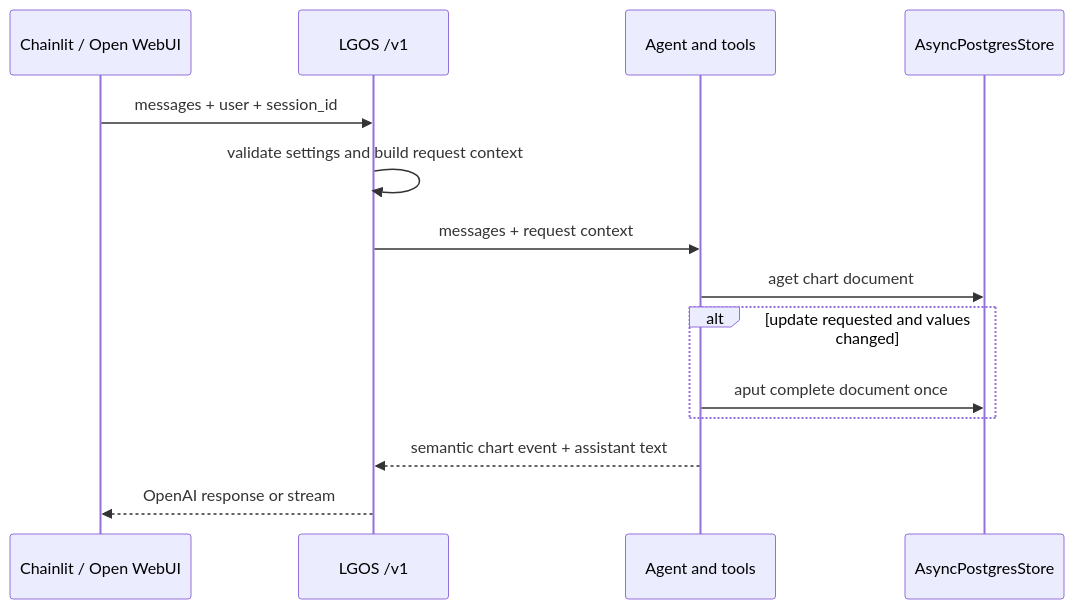
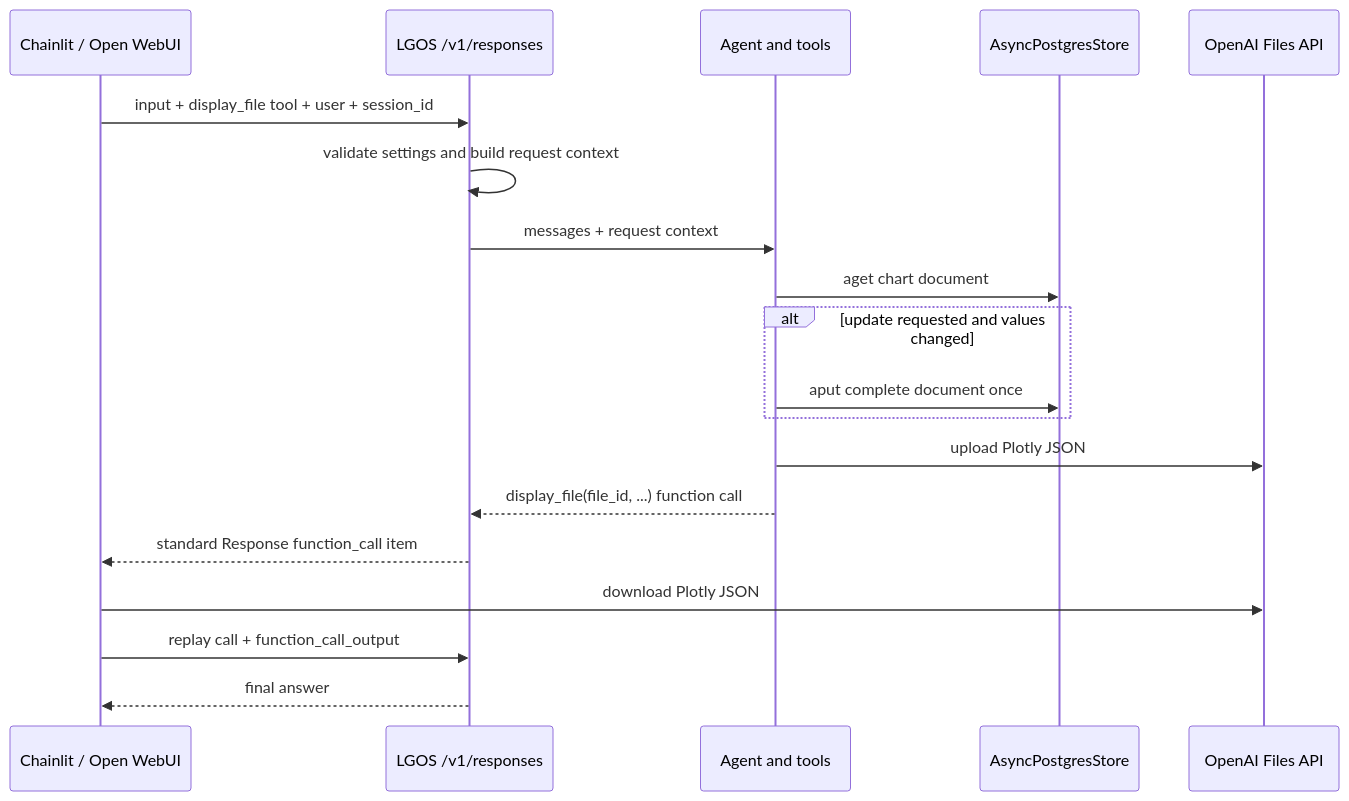
Before and after one commit to ilkersigirci/langgraph-openai-serve: the second of 2 diagrams in docs/demo/graphs/persistent-plot-agent.md, drawn with Mermaid. The commit also changed other lines of this file and 191 other files, not shown here.

First line of the commit message:
feat: openai responses api initial implementation

````diff
--- a/docs/demo/graphs/persistent-plot-agent.md
+++ b/docs/demo/graphs/persistent-plot-agent.md
@@ -36,17 +36,22 @@
 ```mermaid
 sequenceDiagram
   participant UI as Chainlit / Open WebUI
-  participant LGOS as LGOS /v1
+  participant LGOS as LGOS /v1/responses
   participant Agent as Agent and tools
   participant Store as AsyncPostgresStore
+  participant Files as OpenAI Files API
 
-  UI->>LGOS: messages + user + session_id
+  UI->>LGOS: input + display_file tool + user + session_id
   LGOS->>LGOS: validate settings and build request context
   LGOS->>Agent: messages + request context
   Agent->>Store: aget chart document
   alt update requested and values changed
     Agent->>Store: aput complete document once
   end
-  Agent-->>LGOS: semantic chart event + assistant text
-  LGOS-->>UI: OpenAI response or stream
+  Agent->>Files: upload Plotly JSON
+  Agent-->>LGOS: display_file(file_id, ...) function call
+  LGOS-->>UI: standard Response function_call item
+  UI->>Files: download Plotly JSON
+  UI->>LGOS: replay call + function_call_output
+  LGOS-->>UI: final answer
 ```
````
